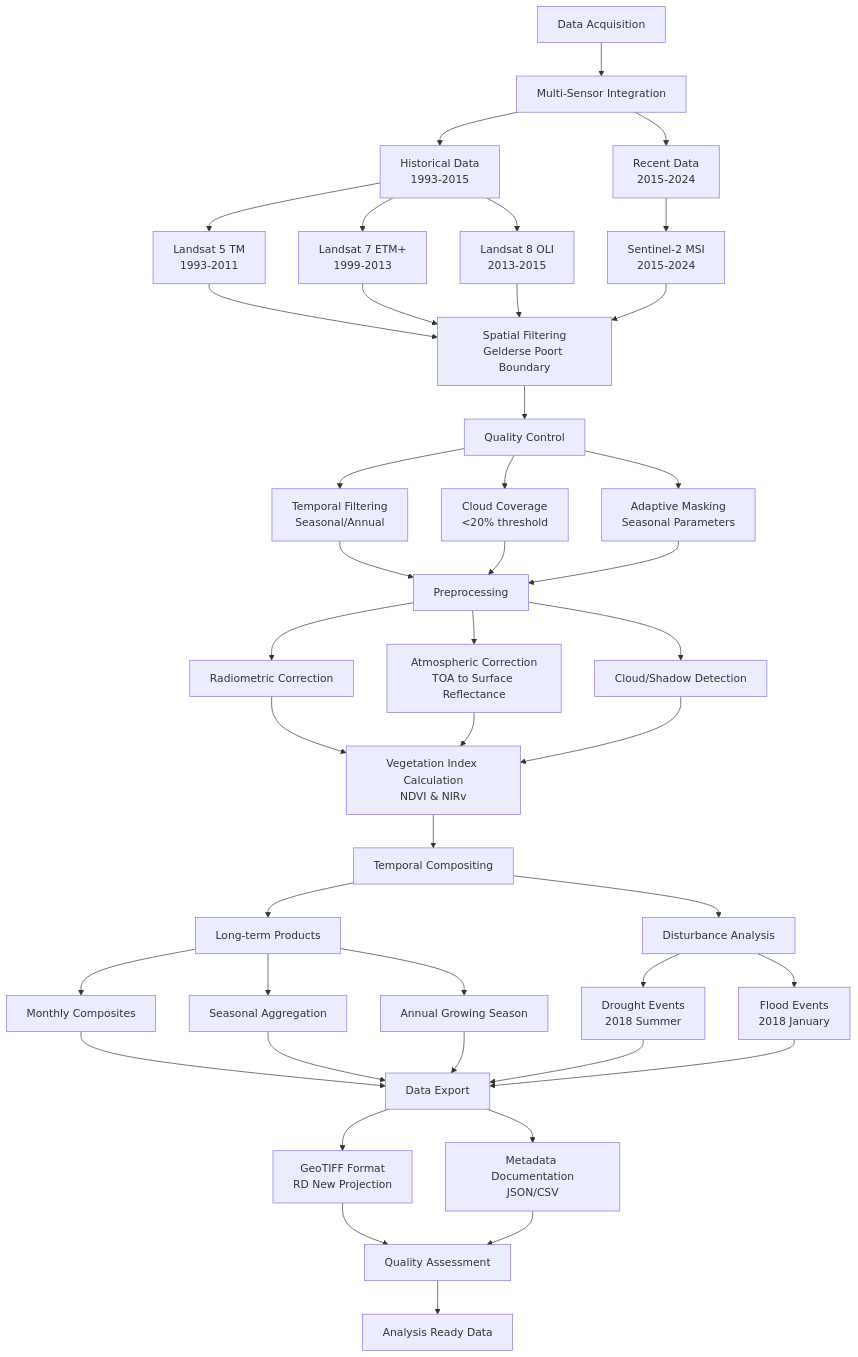
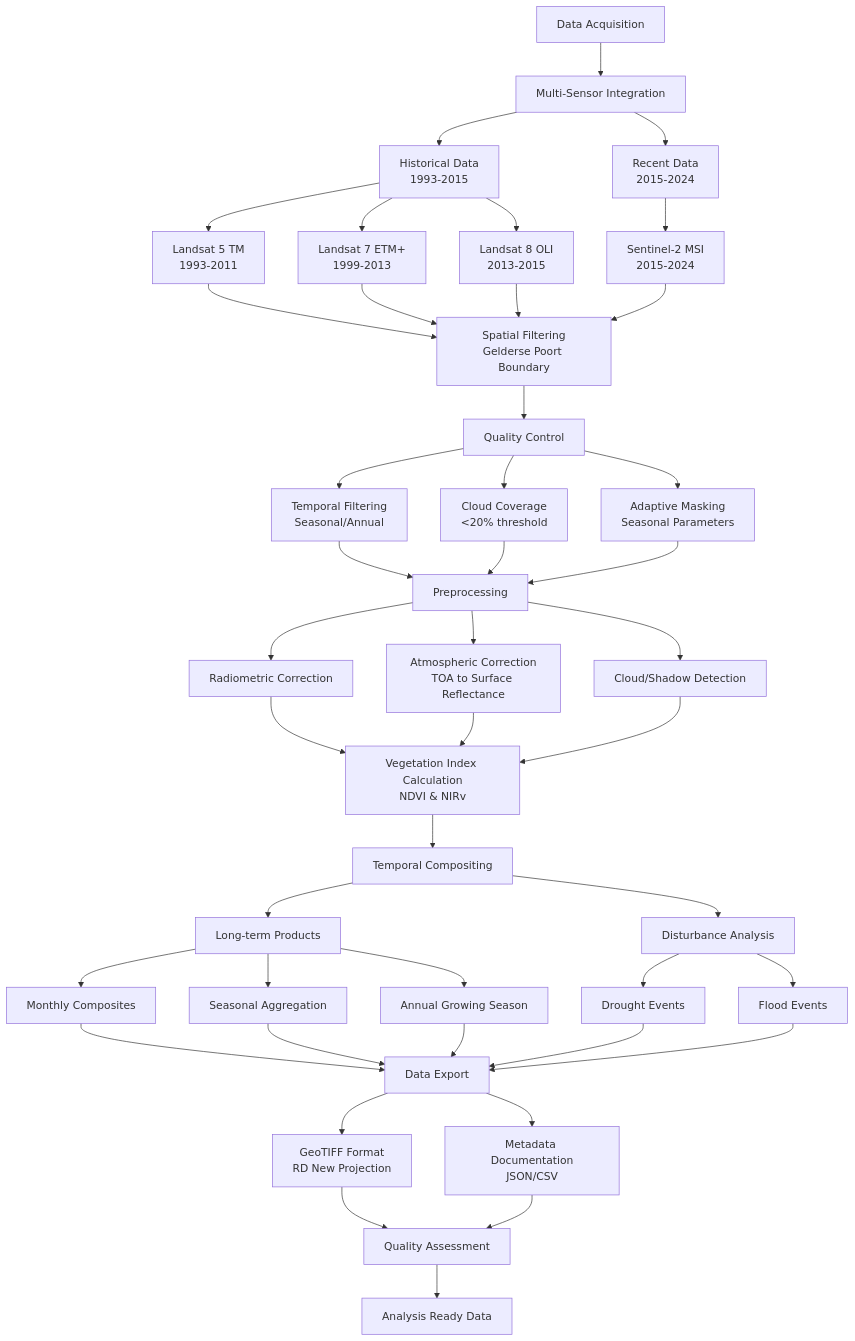
Before and after one commit to FishShaw/NIOO_rewilding_GEEDownloadingAndCloudMask: the diagram in readme.md, drawn with Mermaid. The commit also changed other lines of this file, not shown here.

````diff
--- a/readme.md
+++ b/readme.md
@@ -60,49 +61,49 @@
 ```mermaid
 flowchart TD
     A[Data Acquisition] --> B[Multi-Sensor Integration]
     
     B --> C1[Historical Data\n1993-2015]
     B --> C2[Recent Data\n2015-2024]
     
     C1 --> D1[Landsat 5 TM\n1993-2011]
     C1 --> D2[Landsat 7 ETM+\n1999-2013]
     C1 --> D3[Landsat 8 OLI\n2013-2015]
     C2 --> D4[Sentinel-2 MSI\n2015-2024]
     
     D1 & D2 & D3 & D4 --> E[Spatial Filtering\nGelderse Poort Boundary]
     
     E --> F[Quality Control]
     
     F --> G1[Temporal Filtering\nSeasonal/Annual]
     F --> G2[Cloud Coverage\n<20% threshold]
     F --> G3[Adaptive Masking\nSeasonal Parameters]
     
     G1 & G2 & G3 --> H[Preprocessing]
     
     H --> I1[Radiometric Correction]
     H --> I2[Atmospheric Correction\nTOA to Surface Reflectance]
     H --> I3[Cloud/Shadow Detection]
     
     I1 & I2 & I3 --> J[Vegetation Index Calculation\nNDVI & NIRv]
     
     J --> K[Temporal Compositing]
     
     K --> L1[Long-term Products]
     K --> L2[Disturbance Analysis]
     
     L1 --> M1[Monthly Composites]
     L1 --> M2[Seasonal Aggregation]
     L1 --> M3[Annual Growing Season]
     
-    L2 --> N1[Drought Events\n2018 Summer]
-    L2 --> N2[Flood Events\n2018 January]
+    L2 --> N1[Drought Events]
+    L2 --> N2[Flood Events]
     
     M1 & M2 & M3 & N1 & N2 --> O[Data Export]
     
     O --> P1[GeoTIFF Format\nRD New Projection]
     O --> P2[Metadata Documentation\nJSON/CSV]
     
     P1 & P2 --> Q[Quality Assessment]
     
     Q --> R[Analysis Ready Data]
 ```
````
